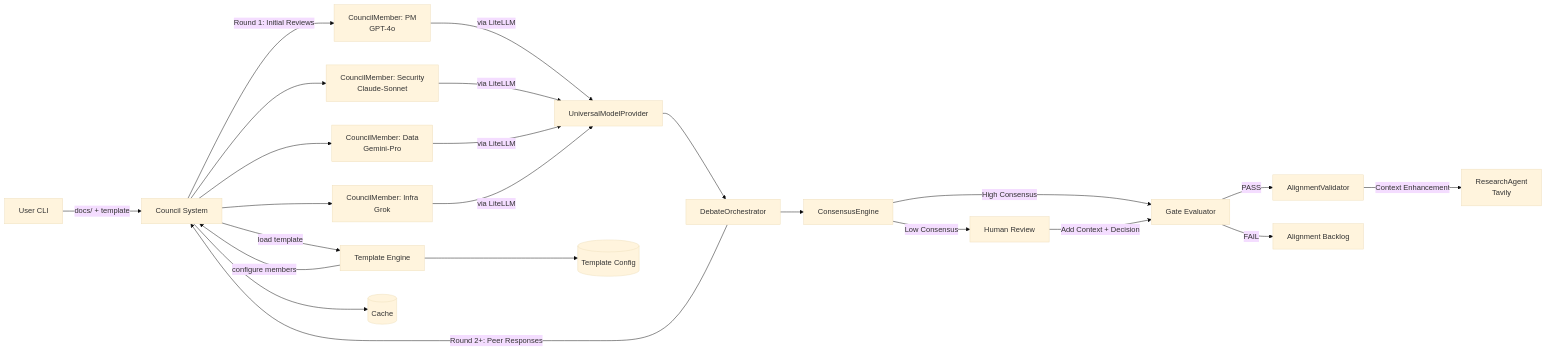
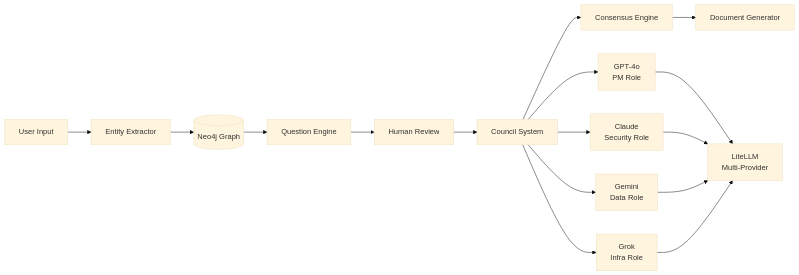
The diagram in docs/ARCHITECTURE.md (ErikCohenDev/consensus-council), drawn with Mermaid (base theme) before and after one commit. The commit also changed other lines of this file and 25 other files, not shown here.

````diff
--- a/docs/ARCHITECTURE.md
+++ b/docs/ARCHITECTURE.md
@@ -24,22 +13,17 @@
 ```mermaid
 flowchart LR
-  U[User CLI] -->|docs/ + template| COUNCIL[Council System]
-  COUNCIL -->|load template| TMPL[Template Engine]
-  TMPL -->|configure members| COUNCIL
-  COUNCIL -->|Round 1: Initial Reviews| CM1[CouncilMember: PM<br/>GPT-4o]
-  COUNCIL --> CM2[CouncilMember: Security<br/>Claude-Sonnet]
-  COUNCIL --> CM3[CouncilMember: Data<br/>Gemini-Pro]
-  COUNCIL --> CM4[CouncilMember: Infra<br/>Grok]
-  CM1 & CM2 & CM3 & CM4 -->|via LiteLLM| UMP[UniversalModelProvider]
-  UMP --> DEBATE[DebateOrchestrator]
-  DEBATE -->|Round 2+: Peer Responses| COUNCIL
-  DEBATE --> CONS[ConsensusEngine]
-  CONS -->|Low Consensus| HUMAN[Human Review]
-  CONS -->|High Consensus| GATE[Gate Evaluator]
-  HUMAN -->|Add Context + Decision| GATE
-  GATE -->|PASS| ALIGN[AlignmentValidator]
-  GATE -->|FAIL| BACKLOG[Alignment Backlog]
-  ALIGN -->|Context Enhancement| RES[ResearchAgent<br/>Tavily]
-  COUNCIL --> CACHE[(Cache)]
-  TMPL --> CONFIG[(Template Config)]
+    USER[User Input] --> EXTRACT[Entity Extractor]
+    EXTRACT --> GRAPH[(Neo4j Graph)]
+    GRAPH --> QUESTIONS[Question Engine]
+    QUESTIONS --> HUMAN[Human Review]
+    HUMAN --> COUNCIL[Council System]
+    COUNCIL --> CONSENSUS[Consensus Engine]
+    CONSENSUS --> DOCS[Document Generator]
+    
+    COUNCIL --> GPT4[GPT-4o<br/>PM Role]
+    COUNCIL --> CLAUDE[Claude<br/>Security Role]
+    COUNCIL --> GEMINI[Gemini<br/>Data Role]
+    COUNCIL --> GROK[Grok<br/>Infra Role]
+    
+    GPT4 & CLAUDE & GEMINI & GROK --> LITELLM[LiteLLM<br/>Multi-Provider]
 ```
````
